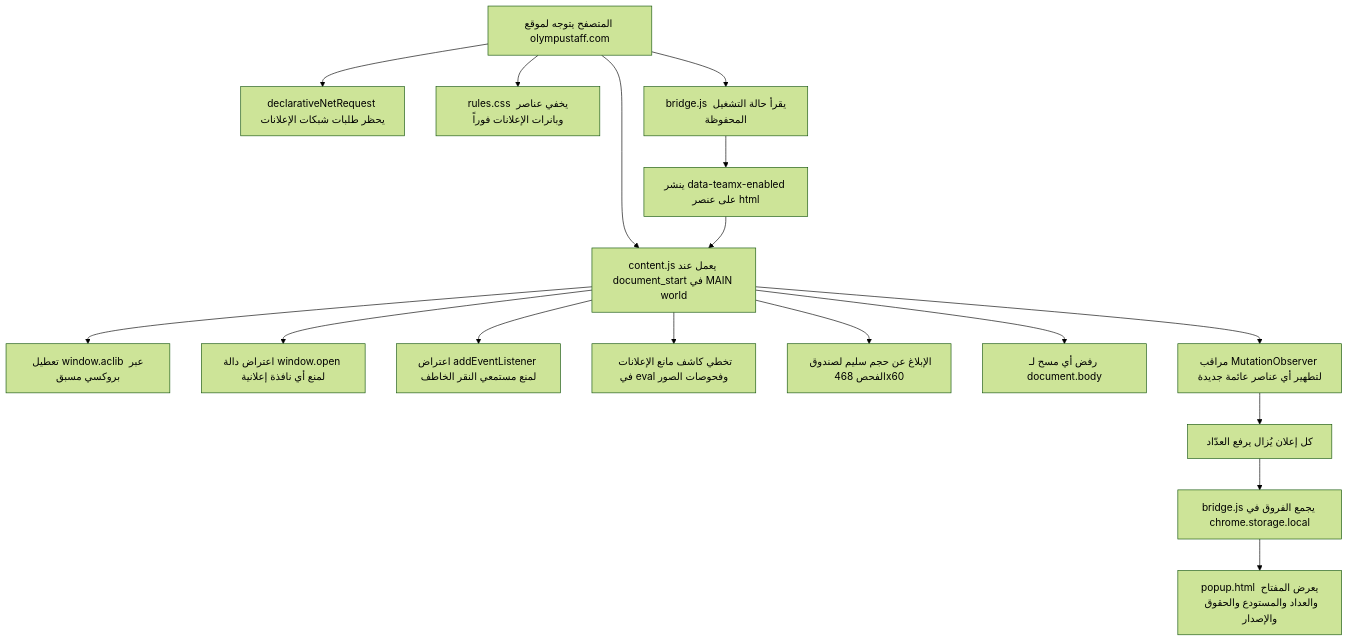
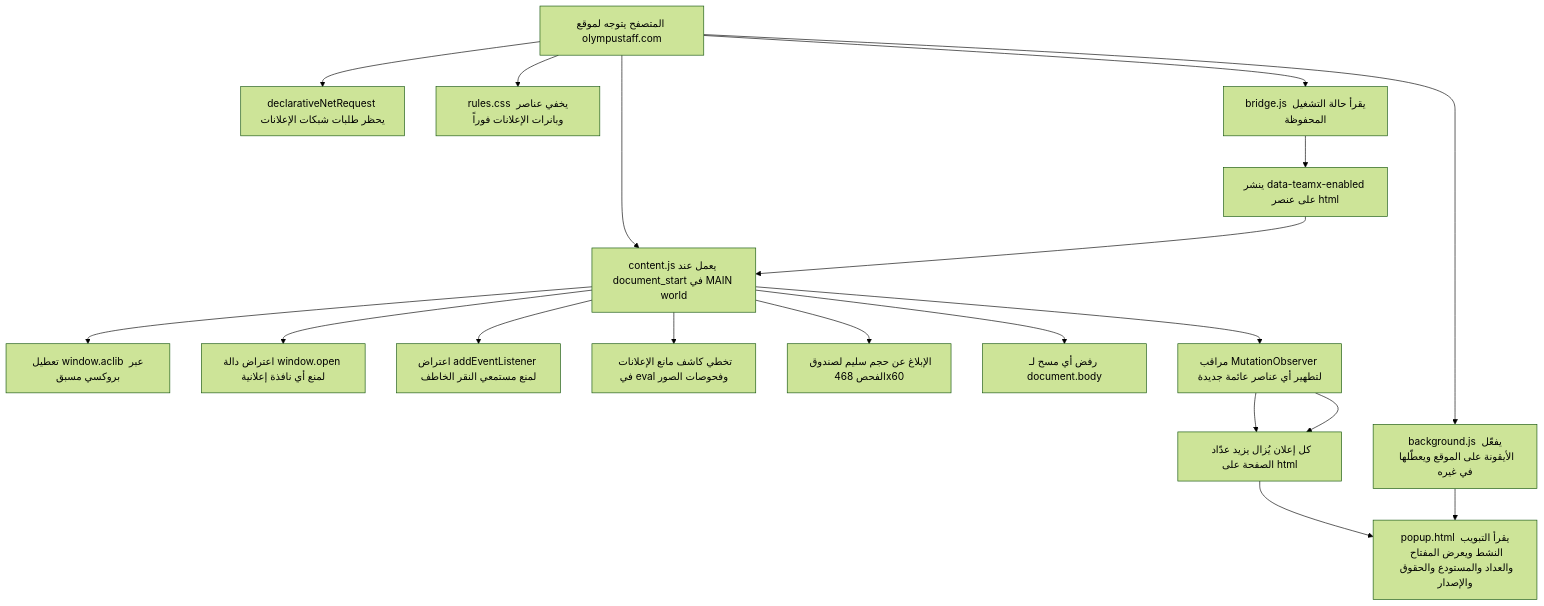
The diagram in docs/ARCHITECTURE_AR.md (shadow-x78/teamx-adblock), drawn with Mermaid (forest theme) before and after one commit. The commit also changed other lines of this file and 1 other file, not shown here.

````diff
--- a/docs/ARCHITECTURE_AR.md
+++ b/docs/ARCHITECTURE_AR.md
@@ -35,19 +35,21 @@
 ```mermaid
 flowchart TD
     A[المتصفح يتوجه لموقع olympustaff.com] --> B[declarativeNetRequest يحظر طلبات شبكات الإعلانات]
     A --> C[rules.css يخفي عناصر وبانرات الإعلانات فوراً]
     A --> D[bridge.js يقرأ حالة التشغيل المحفوظة]
     D --> D2[ينشر data-teamx-enabled على عنصر html]
     A --> E[content.js يعمل عند document_start في MAIN world]
     D2 --> E
     E --> F[تعطيل window.aclib عبر بروكسي مسبق]
     E --> G[اعتراض دالة window.open لمنع أي نافذة إعلانية]
     E --> H[اعتراض addEventListener لمنع مستمعي النقر الخاطف]
     E --> I[تخطي كاشف مانع الإعلانات في eval وفحوصات الصور]
     E --> J[الإبلاغ عن حجم سليم لصندوق الفحص 468x60]
     E --> K[رفض أي مسح لـ document.body]
     E --> L[مراقب MutationObserver لتطهير أي عناصر عائمة جديدة]
     L --> M[كل إعلان يُزال يرفع العدّاد]
-    M --> N[bridge.js يجمع الفروق في chrome.storage.local]
-    N --> O[popup.html يعرض المفتاح والعداد والمستودع والحقوق والإصدار]
+    L --> M[كل إعلان يُزال يزيد عدّاد الصفحة على html]
+    A --> P[background.js يفعّل الأيقونة على الموقع ويعطّلها في غيره]
+    M --> O[popup.html يقرأ التبويب النشط ويعرض المفتاح والعداد والمستودع والحقوق والإصدار]
+    P --> O
 ```
````
